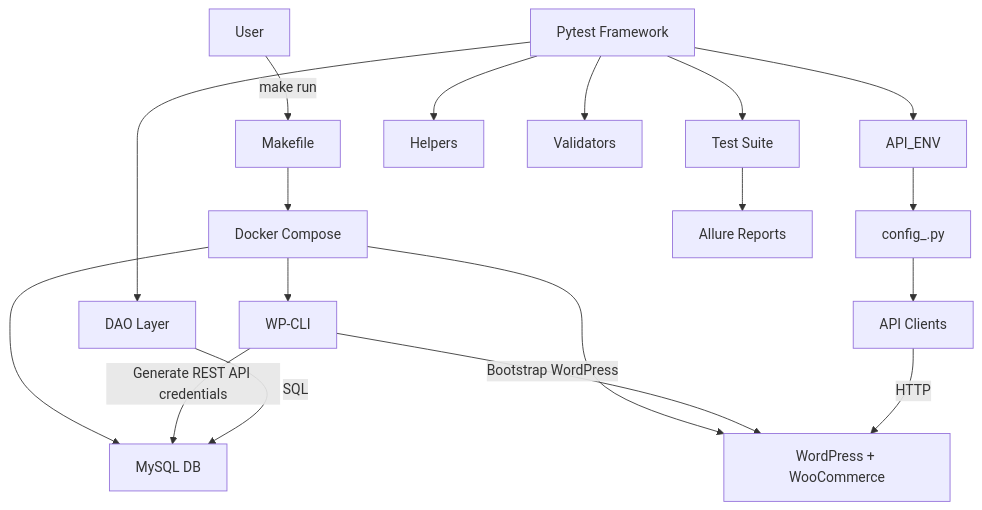
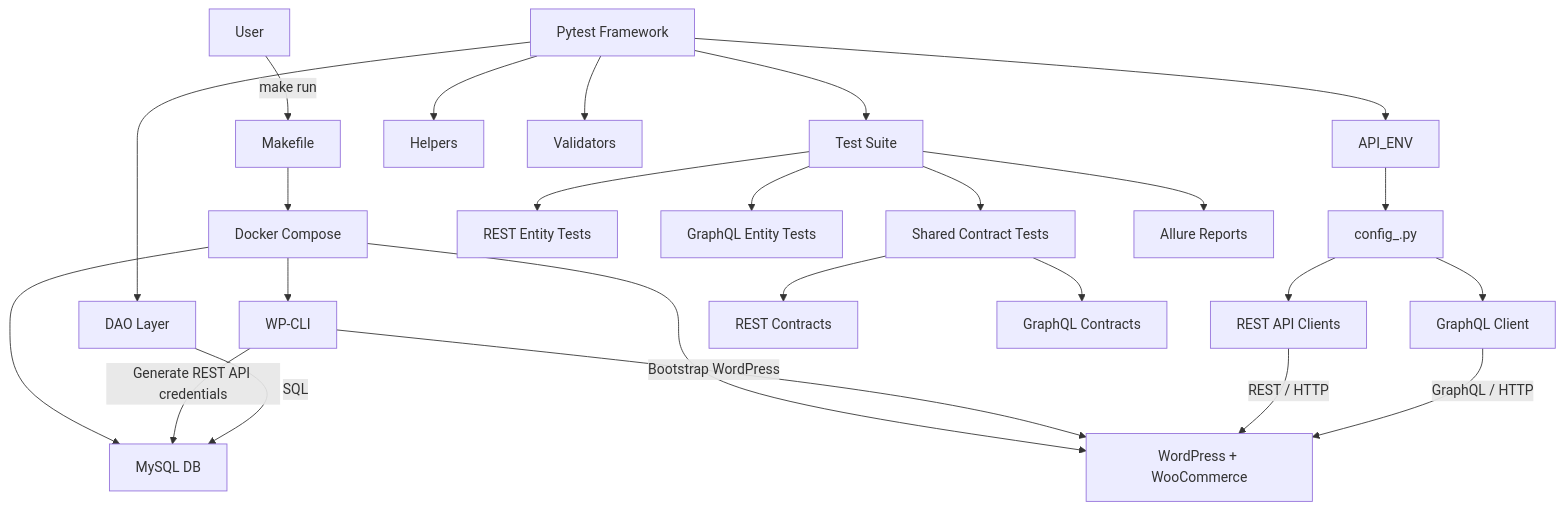
One commit to Kwakic/TestingWoocommerceAPI changed the diagram in README.md. Above: the diagram before and after it, drawn with Mermaid. The commit also changed other lines of this file and 26 other files, not shown here.

Commit message:
UPDATE README docs with GraphQL

````diff
--- a/README.md
+++ b/README.md
@@ -301,39 +305,46 @@
 ```mermaid
 flowchart TD
 
     %% --------------------------------------------------
     %% Infrastructure
     %% --------------------------------------------------
 
     A[User] -->|make run| B[Makefile]
     B --> C[Docker Compose]
 
     C --> D[MySQL DB]
     C --> E[WordPress + WooCommerce]
     C --> F[WP-CLI]
 
     F -->|Bootstrap WordPress| E
     F -->|Generate REST API credentials| D
 
     %% --------------------------------------------------
     %% Framework
     %% --------------------------------------------------
 
     G[Pytest Framework] --> N[API_ENV]
     N --> O[config_<entity>.py]
-    O --> H[API Clients]
+    O --> H[REST API Clients]
+    O --> Q[GraphQL Client]
 
     G --> I[Helpers]
     G --> J[Validators]
     G --> K[DAO Layer]
 
-    H -->|HTTP| E
+    H -->|REST / HTTP| E
+    Q -->|GraphQL / HTTP| E
     K -->|SQL| D
 
     %% --------------------------------------------------
     %% Tests & Reporting
     %% --------------------------------------------------
 
     G --> L[Test Suite]
+    L --> R[REST Entity Tests]
+    L --> S[GraphQL Entity Tests]
+    L --> T[Shared Contract Tests]
+    T --> U[REST Contracts]
+    T --> V[GraphQL Contracts]
     L --> M[Allure Reports]
 ```
````
